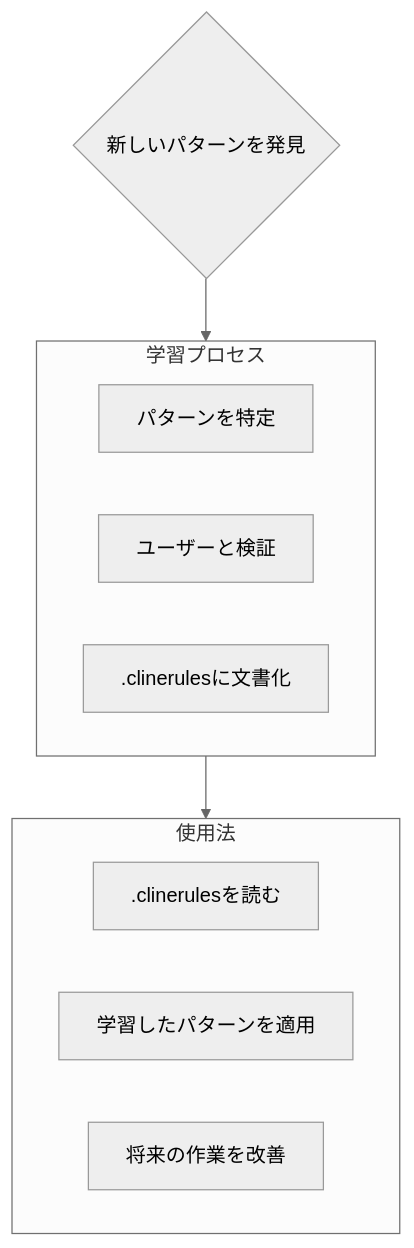
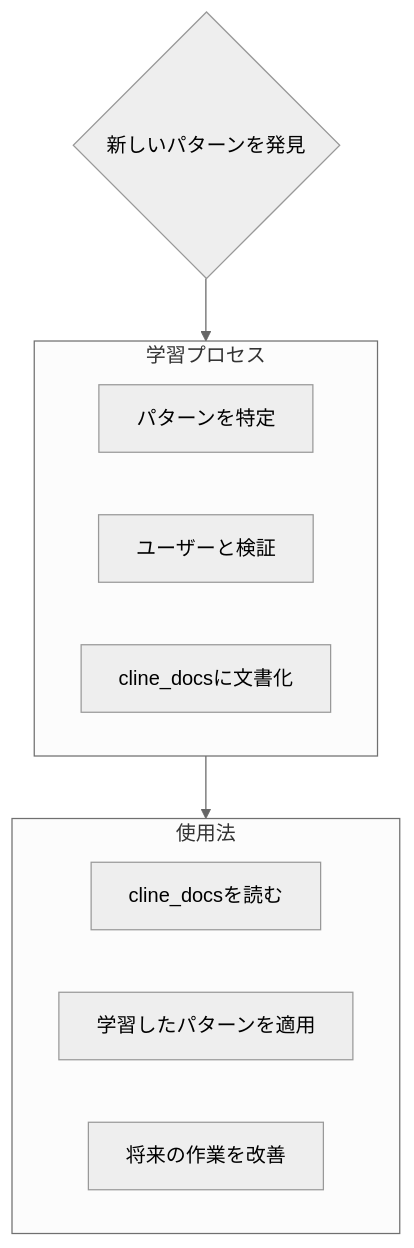
Before and after one commit to cline/cline: the fifth of 5 diagrams in docs_ja/prompting/custom instructions library/raw-instructions/cline-memory-bank.md, drawn with Mermaid (neutral theme). The commit also changed other lines of this file, not shown here.

Commit message:
fix: Update references from .clinerules to cline_docs in Japanese documentation

````diff
--- a/docs_ja/prompting/custom instructions library/raw-instructions/cline-memory-bank.md
+++ b/docs_ja/prompting/custom instructions library/raw-instructions/cline-memory-bank.md
@@ -123,19 +123,19 @@
 ```mermaid
 flowchart TD
     Start{新しいパターンを発見}
     
     subgraph Learn [学習プロセス]
         D1[パターンを特定]
         D2[ユーザーと検証]
-        D3[.clinerulesに文書化]
+        D3[cline_docsに文書化]
     end
     
     subgraph Apply [使用法]
-        A1[.clinerulesを読む]
+        A1[cline_docsを読む]
         A2[学習したパターンを適用]
         A3[将来の作業を改善]
     end
     
     Start --> Learn
     Learn --> Apply
 ```
````
